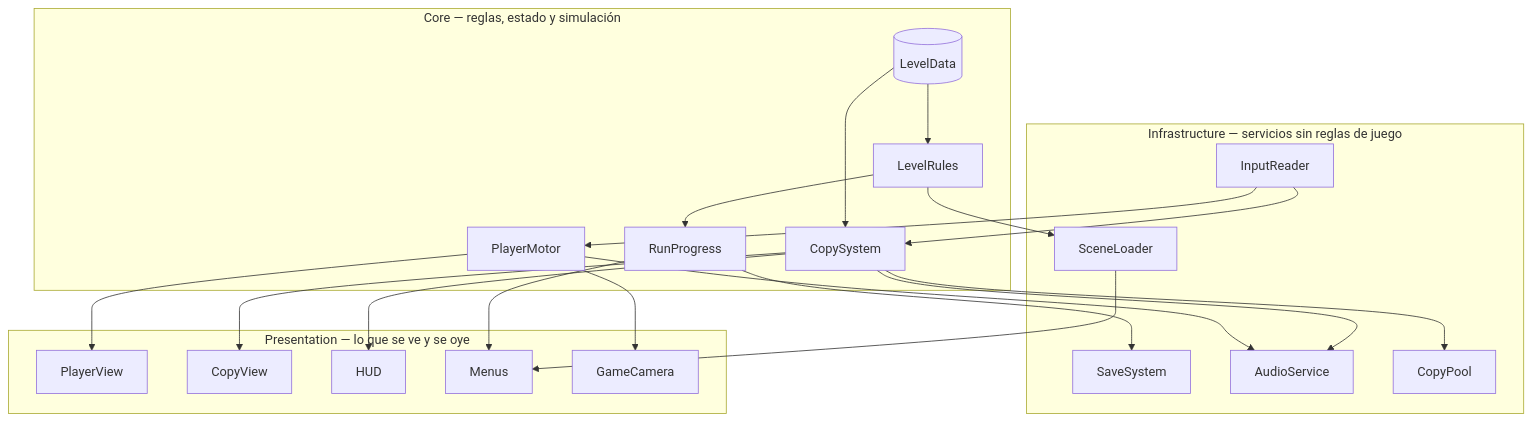
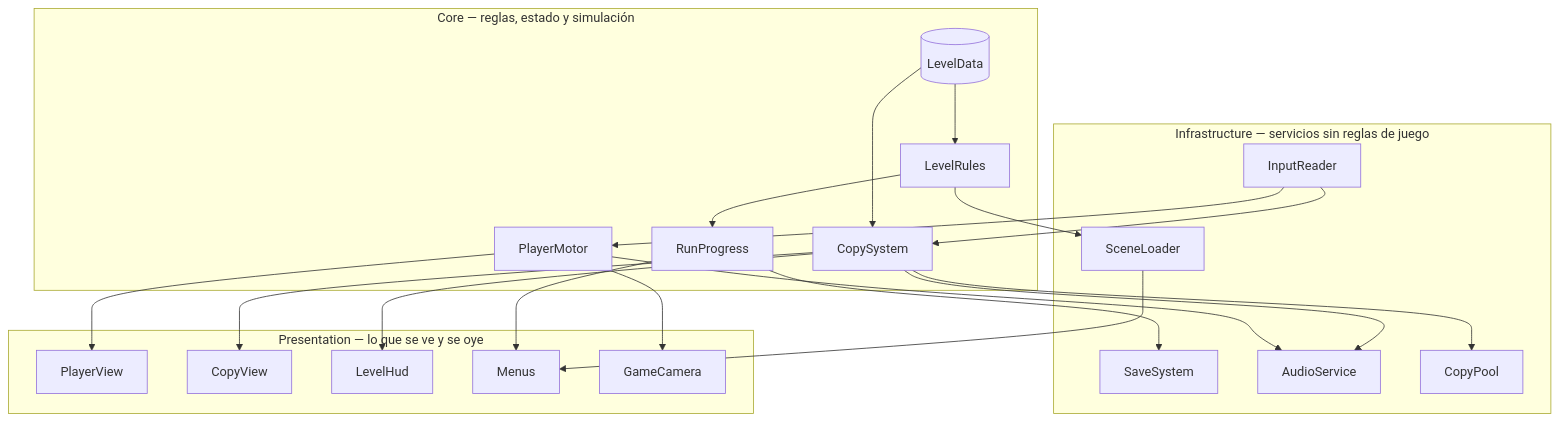
One commit to JulianCortes729/Copias changed the diagram in GDD.md. Above: the diagram before and after it, drawn with Mermaid. The commit also changed other lines of this file and 4 other files, not shown here.

````diff
--- a/GDD.md
+++ b/GDD.md
@@ -30,43 +30,43 @@
 ```mermaid
 flowchart TD
 	subgraph Presentation["Presentation — lo que se ve y se oye"]
 		PlayerView[PlayerView]
 		CopyView[CopyView]
-		HUD[HUD]
+		HUD[LevelHud]
 		Menus[Menus]
 		GameCamera[GameCamera]
 	end
 
 	subgraph Infrastructure["Infrastructure — servicios sin reglas de juego"]
 		InputReader[InputReader]
 		SceneLoader[SceneLoader]
 		SaveSystem[SaveSystem]
 		AudioService[AudioService]
 		CopyPool[CopyPool]
 	end
 
 	subgraph Core["Core — reglas, estado y simulación"]
 		PlayerMotor[PlayerMotor]
 		CopySystem[CopySystem]
 		LevelRules[LevelRules]
 		LevelData[(LevelData)]
 		RunProgress[RunProgress]
 	end
 
 	InputReader --> PlayerMotor
 	InputReader --> CopySystem
 	PlayerMotor --> PlayerView
 	PlayerMotor --> GameCamera
 	CopySystem --> CopyView
 	CopySystem --> CopyPool
 	CopySystem --> HUD
 	LevelData --> LevelRules
 	LevelData --> CopySystem
 	LevelRules --> RunProgress
 	LevelRules --> SceneLoader
 	RunProgress --> SaveSystem
 	RunProgress --> Menus
 	SceneLoader --> Menus
 	CopySystem --> AudioService
 	PlayerMotor --> AudioService
 ```
````
